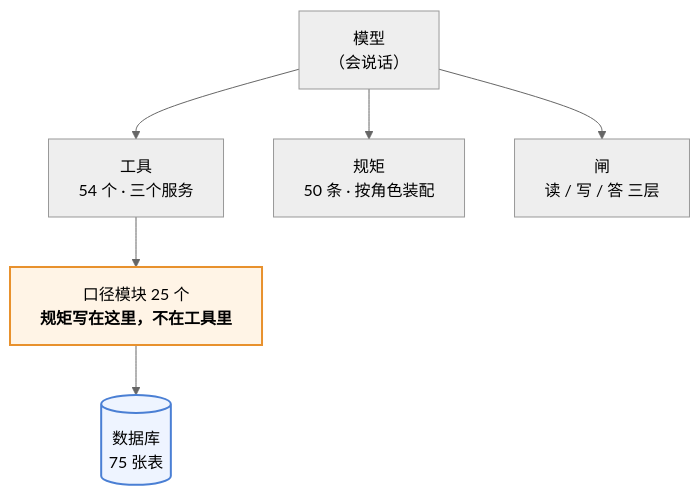
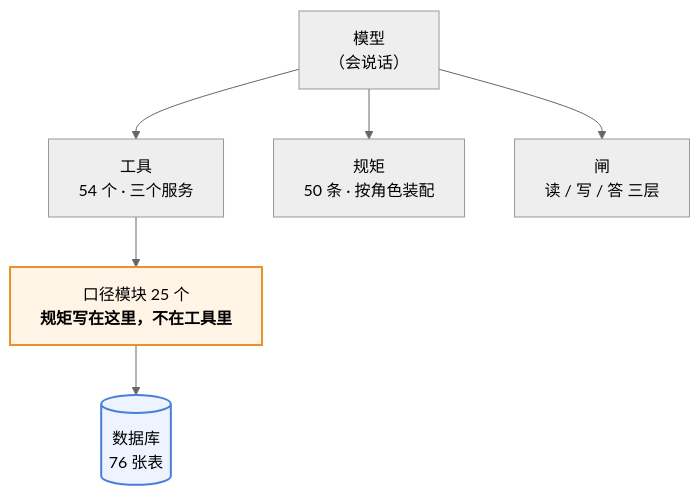
Before and after one commit to 843773296-rgb/lanxiu-yunshang-agent: the first of 3 diagrams in 澜绣云裳agent-产品说明.md, drawn with Mermaid (neutral theme). The commit also changed other lines of this file and 6 other files, not shown here.

````diff
--- a/澜绣云裳agent-产品说明.md
+++ b/澜绣云裳agent-产品说明.md
@@ -62,12 +62,12 @@
 ```mermaid
 flowchart TD
     M["模型<br/>（会说话）"]
     M --> T["工具<br/>54 个 · 三个服务"]
     M --> R["规矩<br/>50 条 · 按角色装配"]
     M --> G["闸<br/>读 / 写 / 答 三层"]
     T --> K["口径模块 25 个<br/><b>规矩写在这里，不在工具里</b>"]
-    K --> DB[("数据库<br/>75 张表")]
+    K --> DB[("数据库<br/>76 张表")]
 
     style K fill:#fff4e6,stroke:#e8912d,stroke-width:2px
     style DB fill:#eef4ff,stroke:#4a7fd4,stroke-width:2px
 ```
````
